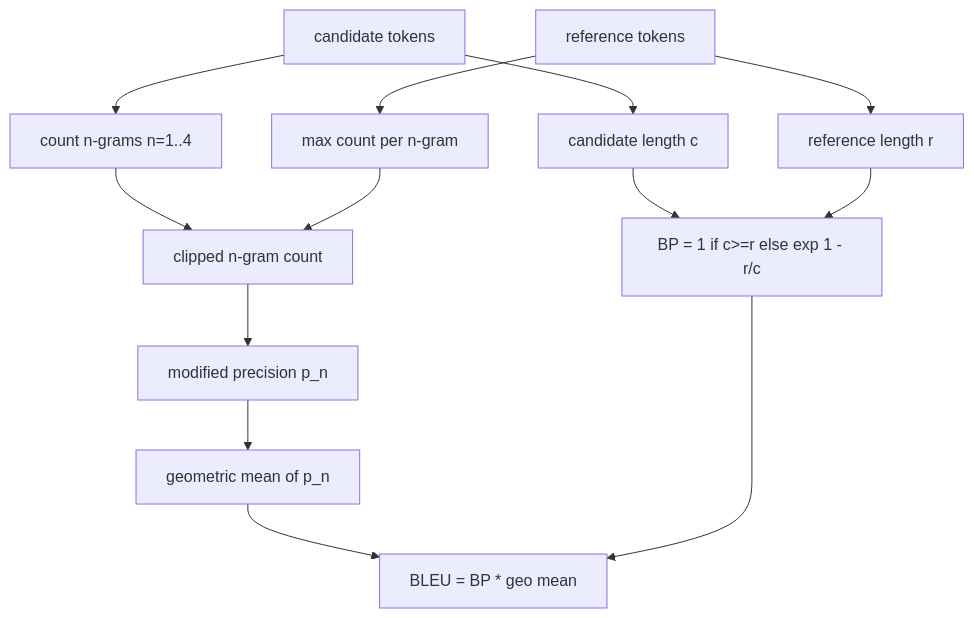
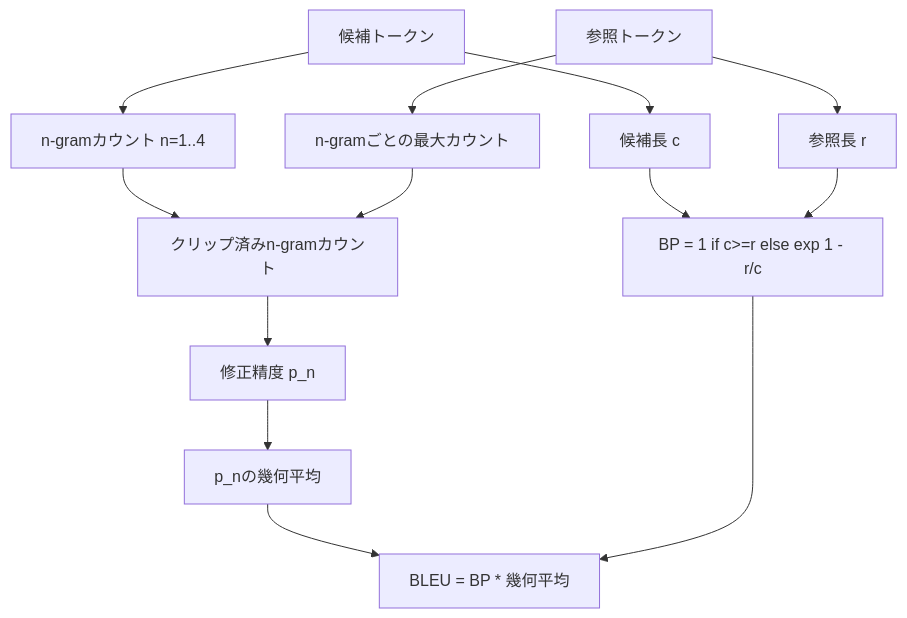
One commit to shoshoshomen/synapse-academy changed the second of 2 diagrams in content/phases/19-capstone-projects/71-classical-metrics/lesson.ja.md. Above: the diagram before and after it, drawn with Mermaid. The commit also changed other lines of this file and 124 other files, not shown here.

First line of the commit message:
feat(i18n): mermaid図のラベルを日本語化(194レッスン/374図)

````diff
--- a/content/phases/19-capstone-projects/71-classical-metrics/lesson.ja.md
+++ b/content/phases/19-capstone-projects/71-classical-metrics/lesson.ja.md
@@ -65,15 +65,15 @@
 ```mermaid
 flowchart TD
-    A[candidate tokens] --> B[count n-grams n=1..4]
-    R[reference tokens] --> C[max count per n-gram]
-    B --> D[clipped n-gram count]
+    A["候補トークン"] --> B["n-gramカウント n=1..4"]
+    R["参照トークン"] --> C["n-gramごとの最大カウント"]
+    B --> D["クリップ済みn-gramカウント"]
     C --> D
-    D --> E[modified precision p_n]
-    A --> F[candidate length c]
-    R --> G[reference length r]
-    F --> BP[BP = 1 if c>=r else exp 1 - r/c]
+    D --> E["修正精度 p_n"]
+    A --> F["候補長 c"]
+    R --> G["参照長 r"]
+    F --> BP["BP = 1 if c>=r else exp 1 - r/c"]
     G --> BP
-    E --> M[geometric mean of p_n]
-    M --> S[BLEU = BP * geo mean]
+    E --> M["p_nの幾何平均"]
+    M --> S["BLEU = BP * 幾何平均"]
     BP --> S
 ```
````
